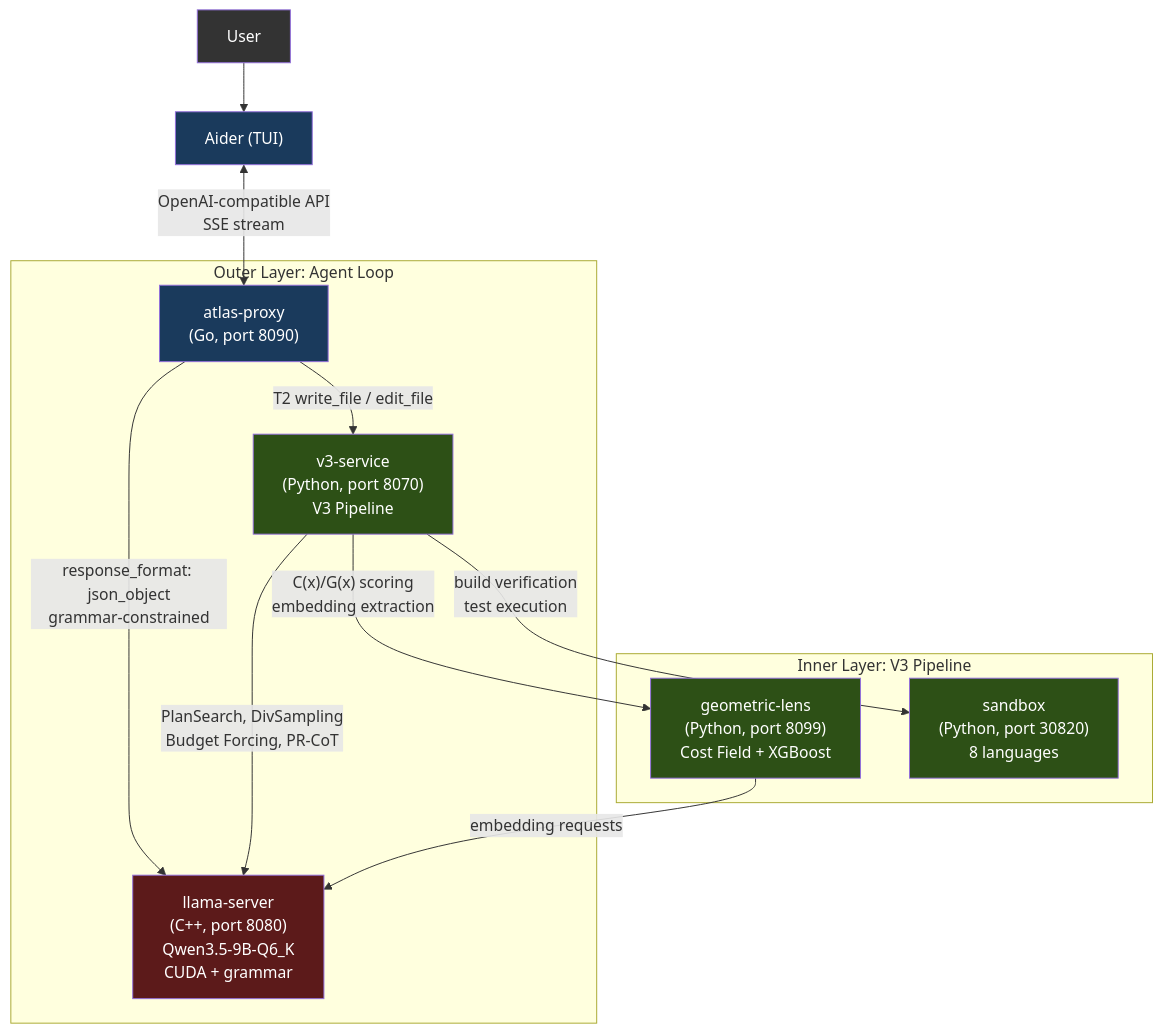
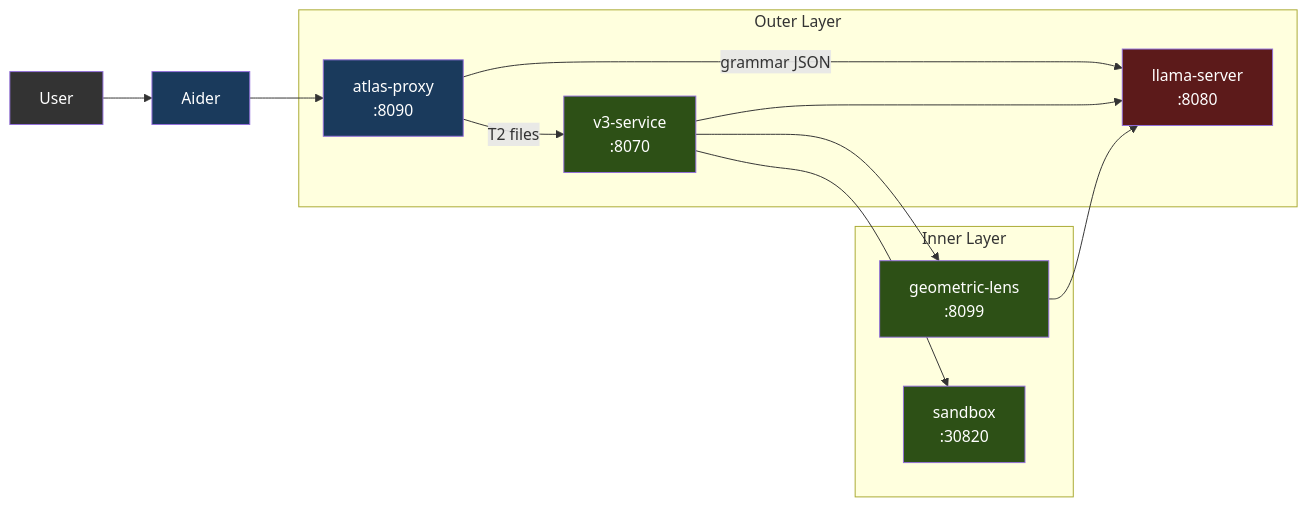
One commit to itigges22/ATLAS changed the first of 13 diagrams in docs/ARCHITECTURE.md. Above: the diagram before and after it, drawn with Mermaid. The commit also changed other lines of this file and 3 other files, not shown here.

First line of the commit message:
docs: Update architecture docs, fix V3_1_STATUS false claims

````diff
--- a/docs/ARCHITECTURE.md
+++ b/docs/ARCHITECTURE.md
@@ -9,25 +9,24 @@
 ```mermaid
-graph TB
-    User["User"] --> Aider["Aider (TUI)"]
-    Aider <-->|"OpenAI-compatible API\nSSE stream"| Proxy["atlas-proxy\n(Go, port 8090)"]
+graph LR
+    User["User"] --> Aider["Aider"] --> Proxy["atlas-proxy\n:8090"]
 
-    subgraph outer["Outer Layer: Agent Loop"]
-        Proxy -->|"response_format: json_object\ngrammar-constrained"| LLM["llama-server\n(C++, port 8080)\nQwen3.5-9B-Q6_K\nCUDA + grammar"]
-        Proxy -->|"T2 write_file / edit_file"| V3Service["v3-service\n(Python, port 8070)\nV3 Pipeline"]
+    subgraph outer["Outer Layer"]
+        Proxy -->|"grammar JSON"| LLM["llama-server\n:8080"]
+        Proxy -->|"T2 files"| V3Service["v3-service\n:8070"]
     end
 
-    subgraph inner["Inner Layer: V3 Pipeline"]
-        V3Service -->|"PlanSearch, DivSampling\nBudget Forcing, PR-CoT"| LLM
-        V3Service -->|"C(x)/G(x) scoring\nembedding extraction"| Lens["geometric-lens\n(Python, port 8099)\nCost Field + XGBoost"]
-        V3Service -->|"build verification\ntest execution"| Sandbox["sandbox\n(Python, port 30820)\n8 languages"]
-        Lens -->|"embedding requests"| LLM
+    subgraph inner["Inner Layer"]
+        V3Service --> LLM
+        V3Service --> Lens["geometric-lens\n:8099"]
+        V3Service --> Sandbox["sandbox\n:30820"]
+        Lens --> LLM
     end
 
     style User fill:#333,color:#fff
     style Aider fill:#1a3a5c,color:#fff
     style Proxy fill:#1a3a5c,color:#fff
     style LLM fill:#5c1a1a,color:#fff
     style V3Service fill:#2d5016,color:#fff
     style Lens fill:#2d5016,color:#fff
     style Sandbox fill:#2d5016,color:#fff
 ```
````
